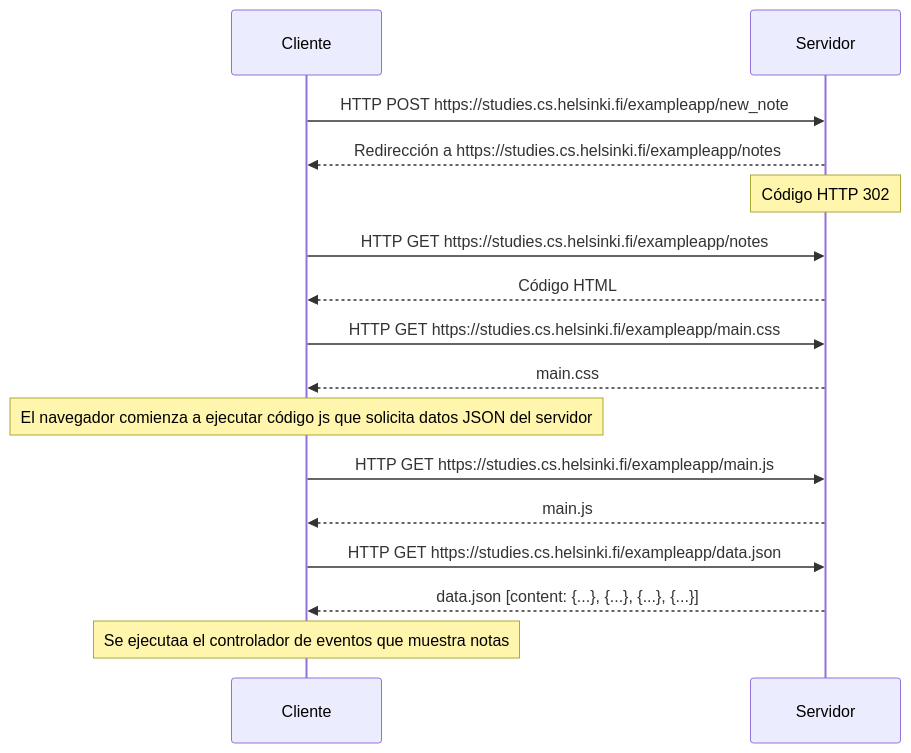
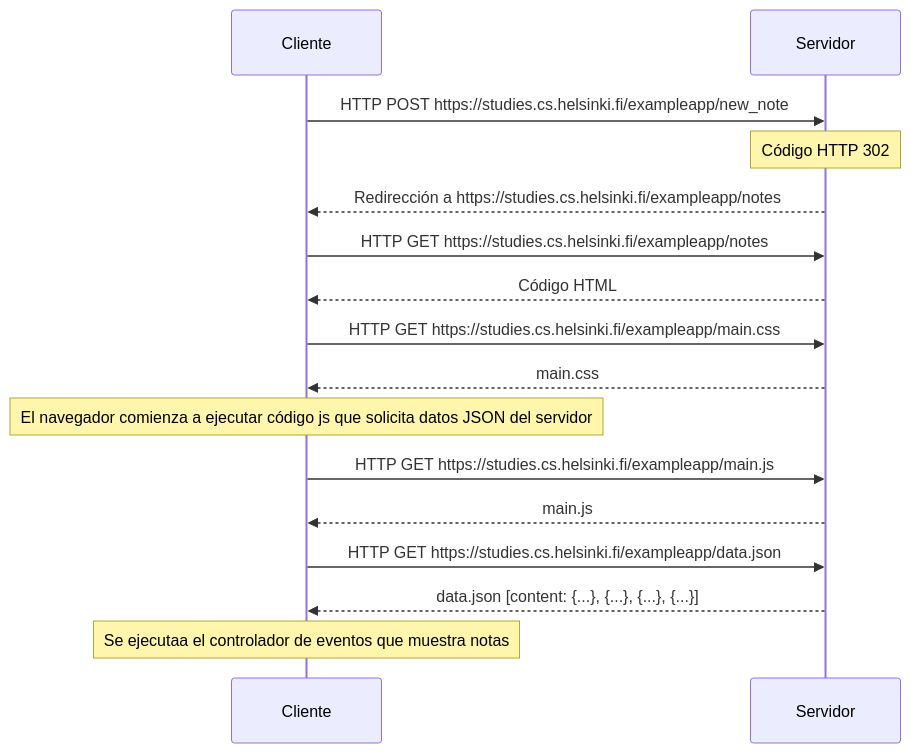
Before and after one commit to SebastianPera/Fullstackopen: the diagram in diagrama_secuencia.mmd, drawn with Mermaid.

```diff
--- a/diagrama_secuencia.mmd
+++ b/diagrama_secuencia.mmd
@@ -1,24 +1,25 @@
 
 sequenceDiagram
     participant Cliente
     participant Servidor
 
     Cliente->>Servidor: HTTP POST https://studies.cs.helsinki.fi/exampleapp/new_note
+     Note over Servidor: Código HTTP 302
     Servidor-->>Cliente: Redirección a https://studies.cs.helsinki.fi/exampleapp/notes
-    Note over Servidor: Código HTTP 302
+   
 
     Cliente->>Servidor: HTTP GET https://studies.cs.helsinki.fi/exampleapp/notes
     Servidor-->>Cliente: Código HTML
 
     Cliente->>Servidor: HTTP GET https://studies.cs.helsinki.fi/exampleapp/main.css
     Servidor-->>Cliente: main.css
 
     Note over Cliente: El navegador comienza a ejecutar código js que solicita datos JSON del servidor
 
     Cliente->>Servidor: HTTP GET https://studies.cs.helsinki.fi/exampleapp/main.js
     Servidor-->>Cliente: main.js
 
     Cliente->>Servidor: HTTP GET https://studies.cs.helsinki.fi/exampleapp/data.json
     Servidor-->>Cliente: data.json [content: {...}, {...}, {...}, {...}]
 
     Note over Cliente: Se ejecutaa el controlador de eventos que muestra notas
```
